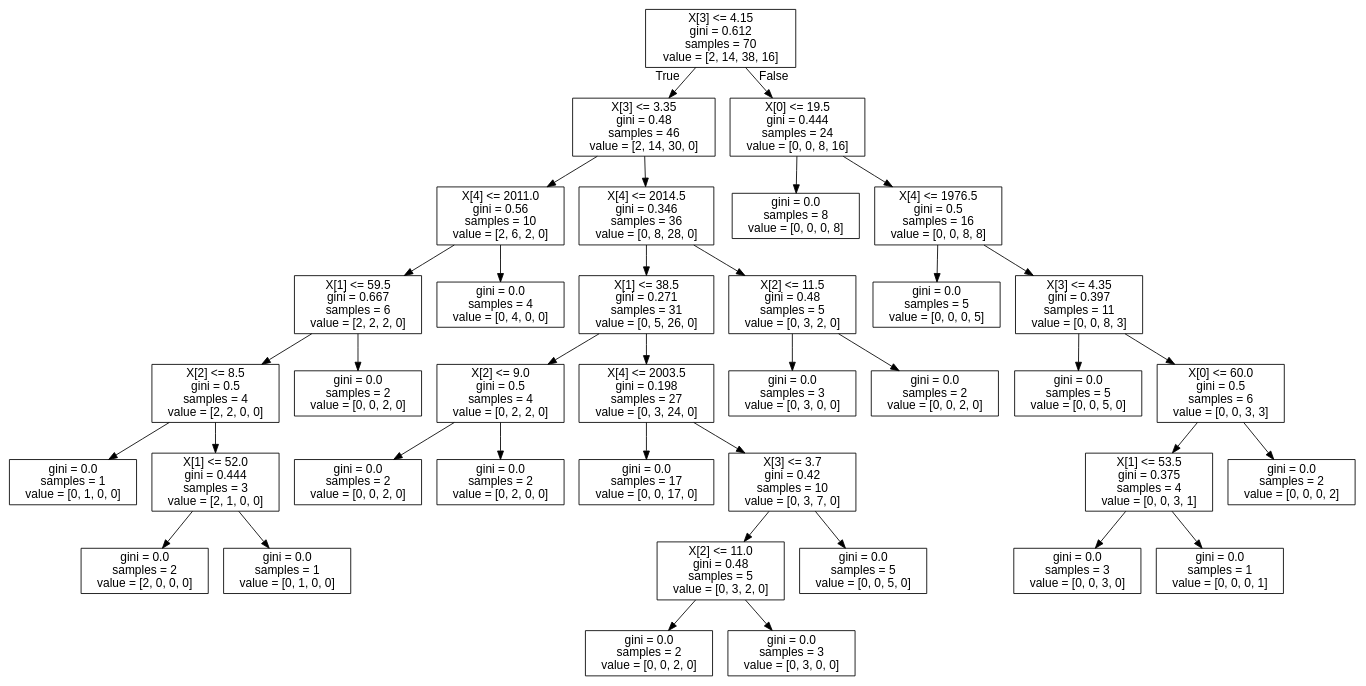
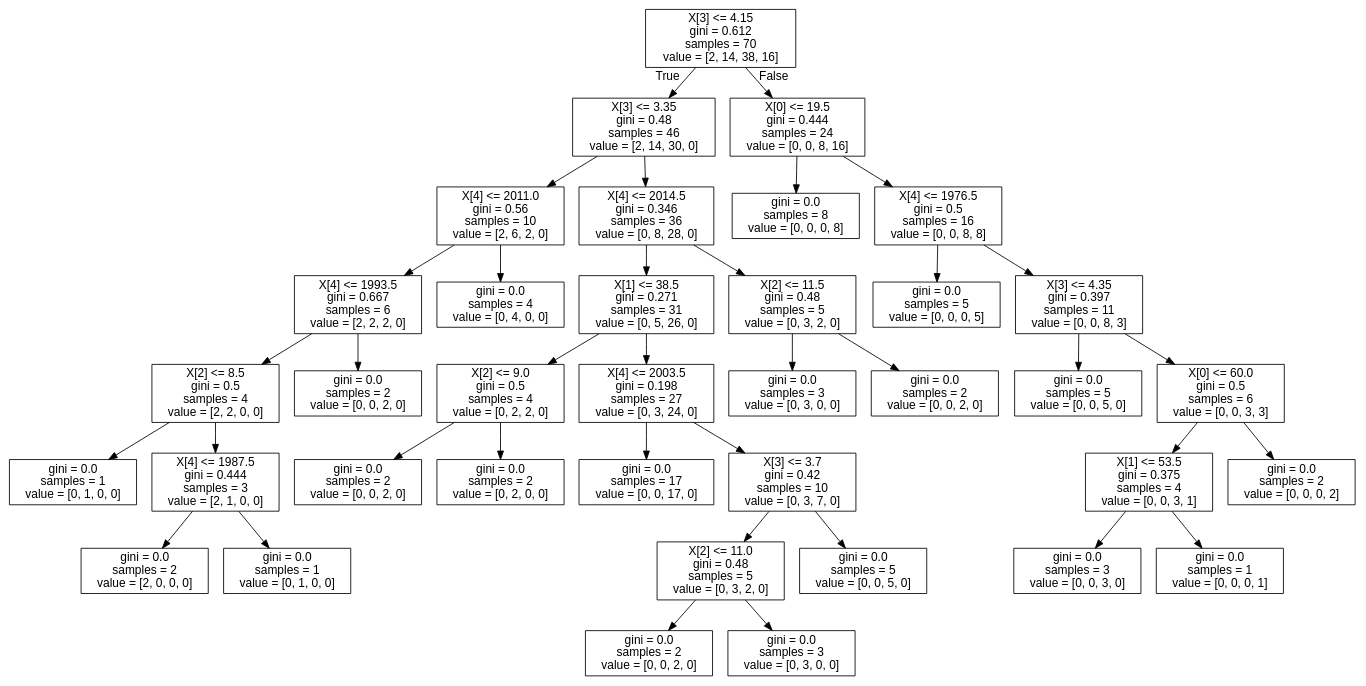
Before and after one commit to ViniciusOSAntos/Data-Science---Estudos-e-Atividades: the diagram in BibliotecaMusicalV2/tree.dot, drawn with Graphviz. The commit also changed 1 other file, not shown here.

```diff
--- a/BibliotecaMusicalV2/tree.dot
+++ b/BibliotecaMusicalV2/tree.dot
@@ -1,77 +1,77 @@
 digraph Tree {
 node [shape=box, fontname="helvetica"] ;
 edge [fontname="helvetica"] ;
 0 [label="X[3] <= 4.15\ngini = 0.612\nsamples = 70\nvalue = [2, 14, 38, 16]"] ;
 1 [label="X[3] <= 3.35\ngini = 0.48\nsamples = 46\nvalue = [2, 14, 30, 0]"] ;
 0 -> 1 [labeldistance=2.5, labelangle=45, headlabel="True"] ;
 2 [label="X[4] <= 2011.0\ngini = 0.56\nsamples = 10\nvalue = [2, 6, 2, 0]"] ;
 1 -> 2 ;
-3 [label="X[1] <= 59.5\ngini = 0.667\nsamples = 6\nvalue = [2, 2, 2, 0]"] ;
+3 [label="X[4] <= 1993.5\ngini = 0.667\nsamples = 6\nvalue = [2, 2, 2, 0]"] ;
 2 -> 3 ;
 4 [label="X[2] <= 8.5\ngini = 0.5\nsamples = 4\nvalue = [2, 2, 0, 0]"] ;
 3 -> 4 ;
 5 [label="gini = 0.0\nsamples = 1\nvalue = [0, 1, 0, 0]"] ;
 4 -> 5 ;
-6 [label="X[1] <= 52.0\ngini = 0.444\nsamples = 3\nvalue = [2, 1, 0, 0]"] ;
+6 [label="X[4] <= 1987.5\ngini = 0.444\nsamples = 3\nvalue = [2, 1, 0, 0]"] ;
 4 -> 6 ;
 7 [label="gini = 0.0\nsamples = 2\nvalue = [2, 0, 0, 0]"] ;
 6 -> 7 ;
 8 [label="gini = 0.0\nsamples = 1\nvalue = [0, 1, 0, 0]"] ;
 6 -> 8 ;
 9 [label="gini = 0.0\nsamples = 2\nvalue = [0, 0, 2, 0]"] ;
 3 -> 9 ;
 10 [label="gini = 0.0\nsamples = 4\nvalue = [0, 4, 0, 0]"] ;
 2 -> 10 ;
 11 [label="X[4] <= 2014.5\ngini = 0.346\nsamples = 36\nvalue = [0, 8, 28, 0]"] ;
 1 -> 11 ;
 12 [label="X[1] <= 38.5\ngini = 0.271\nsamples = 31\nvalue = [0, 5, 26, 0]"] ;
 11 -> 12 ;
 13 [label="X[2] <= 9.0\ngini = 0.5\nsamples = 4\nvalue = [0, 2, 2, 0]"] ;
 12 -> 13 ;
 14 [label="gini = 0.0\nsamples = 2\nvalue = [0, 0, 2, 0]"] ;
 13 -> 14 ;
 15 [label="gini = 0.0\nsamples = 2\nvalue = [0, 2, 0, 0]"] ;
 13 -> 15 ;
 16 [label="X[4] <= 2003.5\ngini = 0.198\nsamples = 27\nvalue = [0, 3, 24, 0]"] ;
 12 -> 16 ;
 17 [label="gini = 0.0\nsamples = 17\nvalue = [0, 0, 17, 0]"] ;
 16 -> 17 ;
 18 [label="X[3] <= 3.7\ngini = 0.42\nsamples = 10\nvalue = [0, 3, 7, 0]"] ;
 16 -> 18 ;
 19 [label="X[2] <= 11.0\ngini = 0.48\nsamples = 5\nvalue = [0, 3, 2, 0]"] ;
 18 -> 19 ;
 20 [label="gini = 0.0\nsamples = 2\nvalue = [0, 0, 2, 0]"] ;
 19 -> 20 ;
 21 [label="gini = 0.0\nsamples = 3\nvalue = [0, 3, 0, 0]"] ;
 19 -> 21 ;
 22 [label="gini = 0.0\nsamples = 5\nvalue = [0, 0, 5, 0]"] ;
 18 -> 22 ;
 23 [label="X[2] <= 11.5\ngini = 0.48\nsamples = 5\nvalue = [0, 3, 2, 0]"] ;
 11 -> 23 ;
 24 [label="gini = 0.0\nsamples = 3\nvalue = [0, 3, 0, 0]"] ;
 23 -> 24 ;
 25 [label="gini = 0.0\nsamples = 2\nvalue = [0, 0, 2, 0]"] ;
 23 -> 25 ;
 26 [label="X[0] <= 19.5\ngini = 0.444\nsamples = 24\nvalue = [0, 0, 8, 16]"] ;
 0 -> 26 [labeldistance=2.5, labelangle=-45, headlabel="False"] ;
 27 [label="gini = 0.0\nsamples = 8\nvalue = [0, 0, 0, 8]"] ;
 26 -> 27 ;
 28 [label="X[4] <= 1976.5\ngini = 0.5\nsamples = 16\nvalue = [0, 0, 8, 8]"] ;
 26 -> 28 ;
 29 [label="gini = 0.0\nsamples = 5\nvalue = [0, 0, 0, 5]"] ;
 28 -> 29 ;
 30 [label="X[3] <= 4.35\ngini = 0.397\nsamples = 11\nvalue = [0, 0, 8, 3]"] ;
 28 -> 30 ;
 31 [label="gini = 0.0\nsamples = 5\nvalue = [0, 0, 5, 0]"] ;
 30 -> 31 ;
 32 [label="X[0] <= 60.0\ngini = 0.5\nsamples = 6\nvalue = [0, 0, 3, 3]"] ;
 30 -> 32 ;
 33 [label="X[1] <= 53.5\ngini = 0.375\nsamples = 4\nvalue = [0, 0, 3, 1]"] ;
 32 -> 33 ;
 34 [label="gini = 0.0\nsamples = 3\nvalue = [0, 0, 3, 0]"] ;
 33 -> 34 ;
 35 [label="gini = 0.0\nsamples = 1\nvalue = [0, 0, 0, 1]"] ;
 33 -> 35 ;
 36 [label="gini = 0.0\nsamples = 2\nvalue = [0, 0, 0, 2]"] ;
 32 -> 36 ;
 }
```
